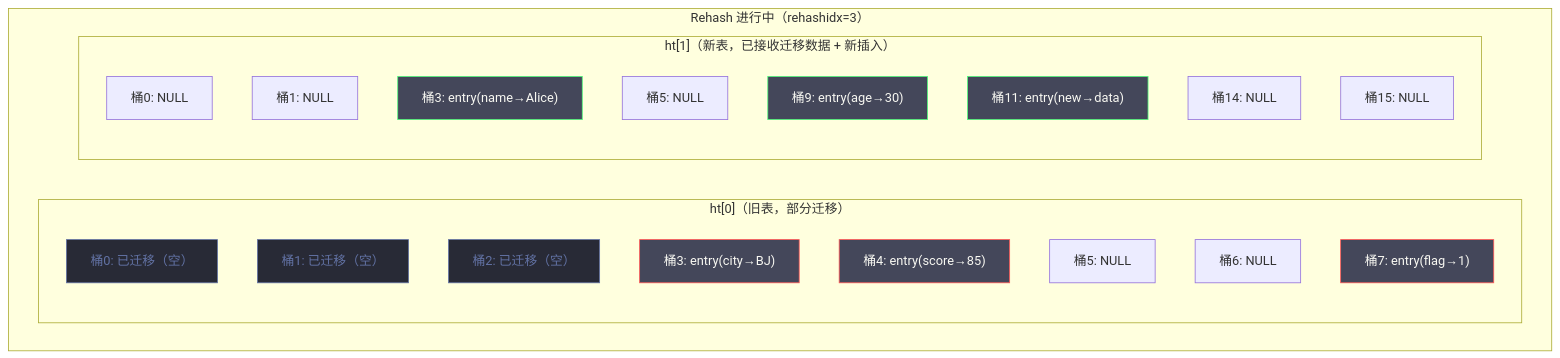
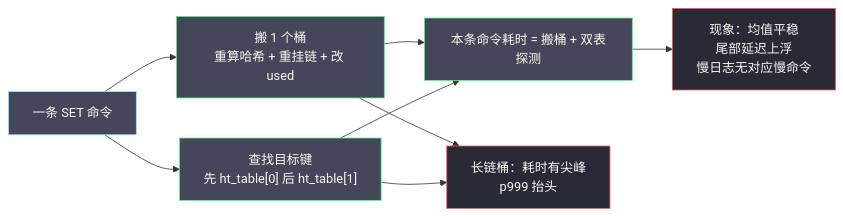
The fourth of 6 diagrams in content/中间件/Redis/Redis设计与实现/03 字典与渐进式 Rehash.md (hpliStartAgain/my-brain), drawn with Mermaid before and after one commit. The commit also changed other lines of this file and 455 other files, not shown here.

````diff
--- a/content/中间件/Redis/Redis设计与实现/03 字典与渐进式 Rehash.md
+++ b/content/中间件/Redis/Redis设计与实现/03 字典与渐进式 Rehash.md
@@ -362,37 +532,18 @@
 ```mermaid
 %%{init: {'theme': 'dracula'}}%%
-graph TD
-    subgraph "Rehash 进行中（rehashidx=3）"
-        subgraph "ht[0]（旧表，部分迁移）"
-            HT0_0["桶0: 已迁移（空）"]
-            HT0_1["桶1: 已迁移（空）"]
-            HT0_2["桶2: 已迁移（空）"]
-            HT0_3["桶3: entry(city→BJ)"]
-            HT0_4["桶4: entry(score→85)"]
-            HT0_5["桶5: NULL"]
-            HT0_6["桶6: NULL"]
-            HT0_7["桶7: entry(flag→1)"]
-        end
+graph LR
+    CMD["一条 SET 命令"] --> STEP["搬 1 个桶<br/>重算哈希 + 重挂链 + 改 used"]
+    CMD --> PROBE["查找目标键<br/>先 ht_table[0] 后 ht_table[1]"]
+    STEP --> COST["本条命令耗时 = 搬桶 + 双表探测"]
+    PROBE --> COST
+    STEP --> TAIL["长链桶：耗时有尖峰<br/>p999 抬头"]
+    PROBE --> TAIL
+    COST --> OBS["现象：均值平稳<br/>尾部延迟上浮<br/>慢日志无对应慢命令"]
 
-        subgraph "ht[1]（新表，已接收迁移数据 + 新插入）"
-            HT1_0["桶0: NULL"]
-            HT1_1["桶1: NULL"]
-            HT1_3["桶3: entry(name→Alice)"]
-            HT1_5["桶5: NULL"]
-            HT1_9["桶9: entry(age→30)"]
-            HT1_11["桶11: entry(new→data)"]
-            HT1_14["桶14: NULL"]
-            HT1_15["桶15: NULL"]
-        end
-    end
-
-    classDef migrated fill:#282a36,stroke:#6272a4,color:#6272a4
-    classDef remaining fill:#44475a,stroke:#ff5555,color:#f8f8f2
-    classDef newData fill:#44475a,stroke:#50fa7b,color:#f8f8f2
-    classDef empty fill:#282a36,stroke:#6272a4,color:#6272a4
-
-    class HT0_0,HT0_1,HT0_2 migrated
-    class HT0_3,HT0_4,HT0_7 remaining
-    class HT1_3,HT1_9 newData
-    class HT1_11 newData
+    classDef input fill:#44475a,stroke:#8be9fd,color:#f8f8f2
+    classDef work fill:#44475a,stroke:#50fa7b,color:#f8f8f2
+    classDef out fill:#282a36,stroke:#ff5555,color:#f8f8f2
+    class CMD input
+    class STEP,PROBE,COST work
+    class TAIL,OBS out
 ```
````
